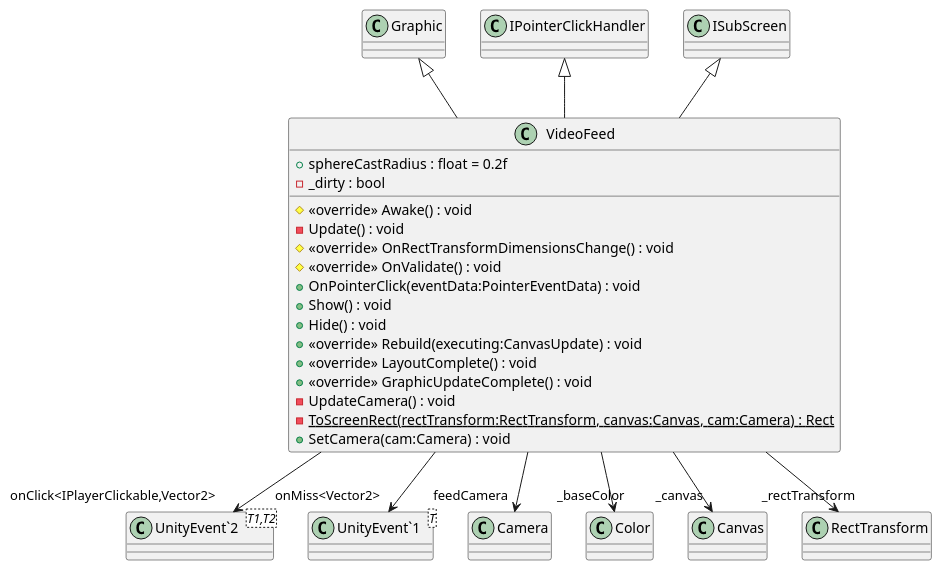
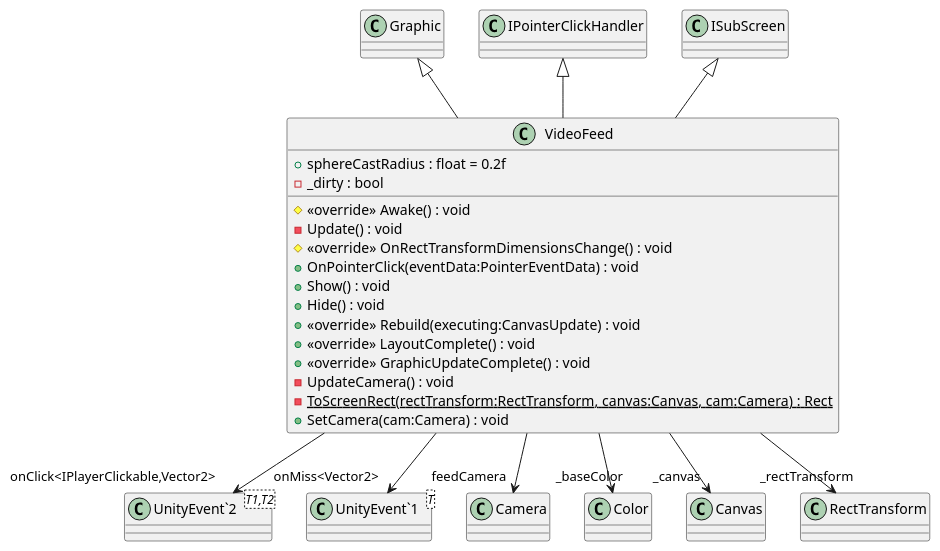
Before and after one commit to Ubus99/AVRO-Simulation: the diagram in Assets/Documentation/UML/Scripts/UI/VideoFeed.puml, drawn with PlantUML. The commit also changed 105 other files, not shown here.

```diff
--- a/Assets/Documentation/UML/Scripts/UI/VideoFeed.puml
+++ b/Assets/Documentation/UML/Scripts/UI/VideoFeed.puml
@@ -1,32 +1,31 @@
 @startuml
 class VideoFeed {
     + sphereCastRadius : float = 0.2f
     - _dirty : bool
     # <<override>> Awake() : void
     - Update() : void
     # <<override>> OnRectTransformDimensionsChange() : void
-    # <<override>> OnValidate() : void
     + OnPointerClick(eventData:PointerEventData) : void
     + Show() : void
     + Hide() : void
     + <<override>> Rebuild(executing:CanvasUpdate) : void
     + <<override>> LayoutComplete() : void
     + <<override>> GraphicUpdateComplete() : void
     - UpdateCamera() : void
     {static} - ToScreenRect(rectTransform:RectTransform, canvas:Canvas, cam:Camera) : Rect
     + SetCamera(cam:Camera) : void
 }
 class "UnityEvent`2"<T1,T2> {
 }
 class "UnityEvent`1"<T> {
 }
 Graphic <|-- VideoFeed
 IPointerClickHandler <|-- VideoFeed
 ISubScreen <|-- VideoFeed
 VideoFeed --> "feedCamera" Camera
 VideoFeed --> "onClick<IPlayerClickable,Vector2>" "UnityEvent`2"
 VideoFeed --> "onMiss<Vector2>" "UnityEvent`1"
 VideoFeed --> "_baseColor" Color
 VideoFeed --> "_canvas" Canvas
 VideoFeed --> "_rectTransform" RectTransform
 @enduml
```
